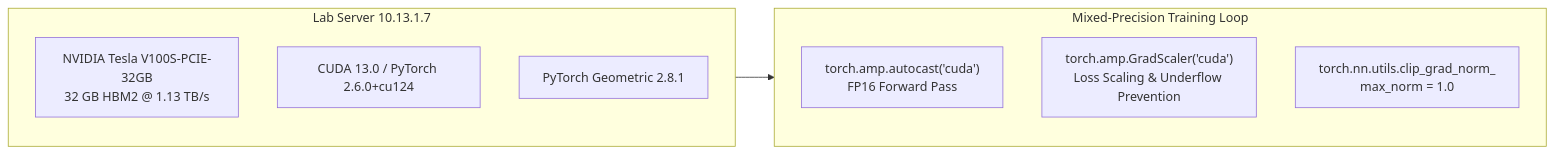
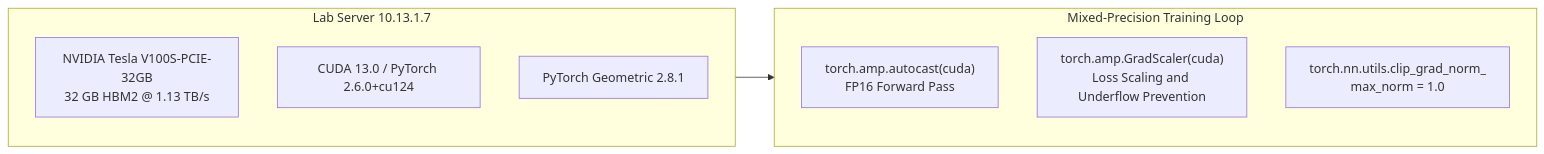
One commit to AnimeshBasak-14/SmartHVAC changed the diagram in docs/ml_lifecycle/07_Model_Training.md. Above: the diagram before and after it, drawn with Mermaid. The commit also changed 51 other files, not shown here.

````diff
--- a/docs/ml_lifecycle/07_Model_Training.md
+++ b/docs/ml_lifecycle/07_Model_Training.md
@@ -18,16 +18,16 @@
 ```mermaid
-graph LR
-    subgraph Host_Server [Lab Server 10.13.1.7]
+flowchart LR
+    subgraph Host_Server["Lab Server 10.13.1.7"]
         V100["NVIDIA Tesla V100S-PCIE-32GB<br>32 GB HBM2 @ 1.13 TB/s"]
         CUDA["CUDA 13.0 / PyTorch 2.6.0+cu124"]
         PyG["PyTorch Geometric 2.8.1"]
     end
 
-    subgraph AMP_Pipeline [Mixed-Precision Training Loop]
-        Autocast["torch.amp.autocast('cuda')<br>FP16 Forward Pass"]
-        Scaler["torch.amp.GradScaler('cuda')<br>Loss Scaling & Underflow Prevention"]
+    subgraph AMP_Pipeline["Mixed-Precision Training Loop"]
+        Autocast["torch.amp.autocast(cuda)<br>FP16 Forward Pass"]
+        Scaler["torch.amp.GradScaler(cuda)<br>Loss Scaling and Underflow Prevention"]
         Clip["torch.nn.utils.clip_grad_norm_<br>max_norm = 1.0"]
     end
 
     Host_Server --> AMP_Pipeline
 ```
````
